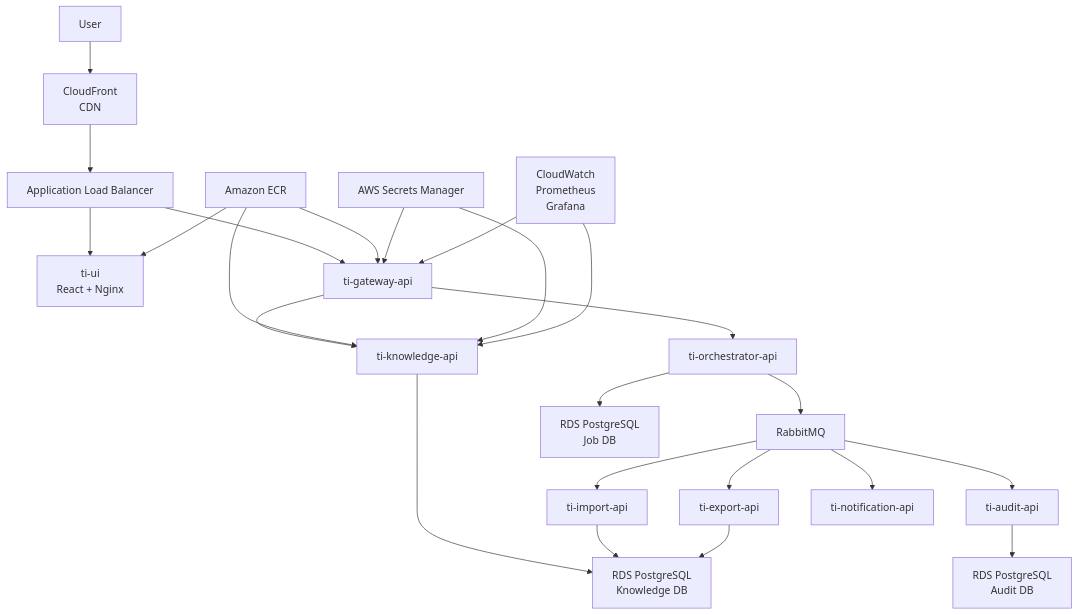
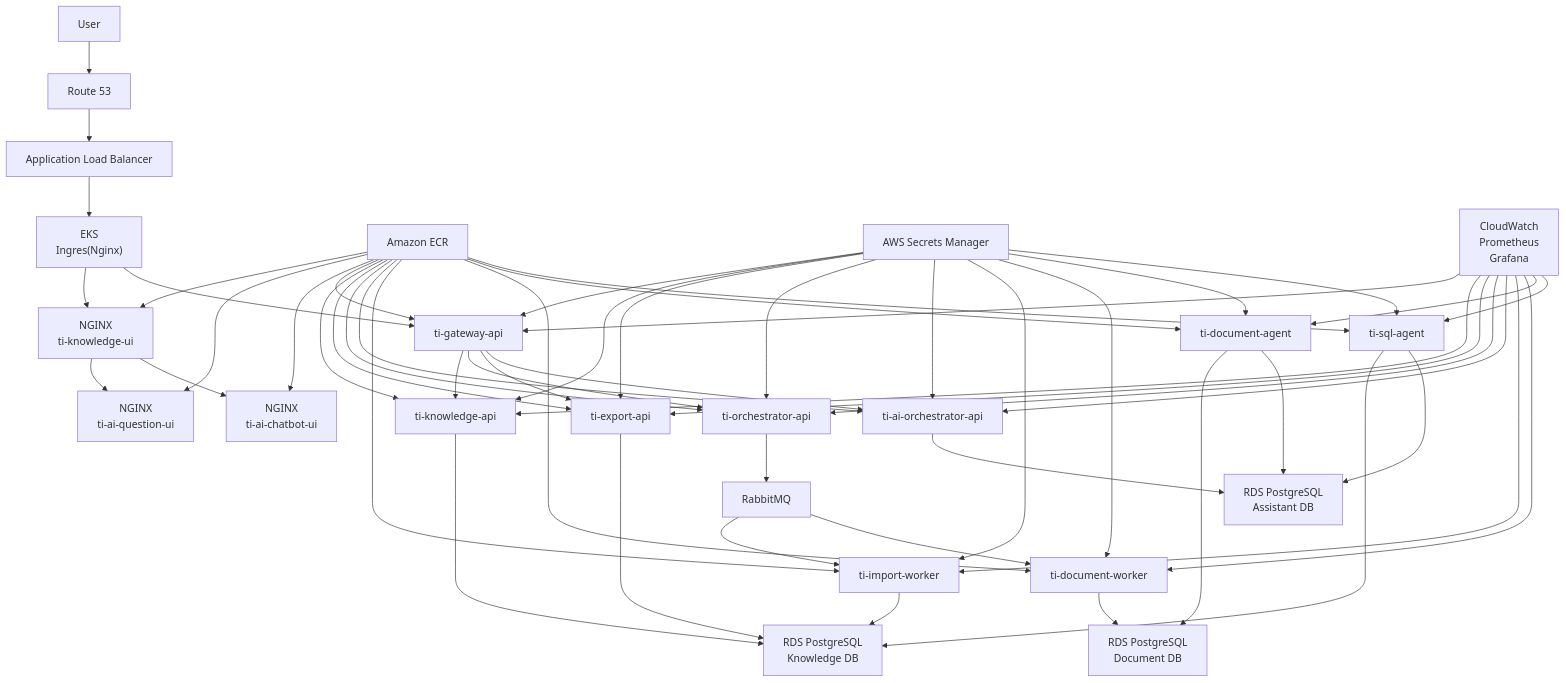
The first of 2 diagrams in doc/_07_AWS_DEPLOYMENT.md (MarinaPimenova/ti-gateway-api), drawn with Mermaid before and after one commit. The commit also changed other lines of this file and 33 other files, not shown here.

`````diff
--- a/doc/_07_AWS_DEPLOYMENT.md
+++ b/doc/_07_AWS_DEPLOYMENT.md
@@ -33,25 +33,35 @@
 
     User["User"]
 
-    CloudFront["CloudFront<br/>CDN"]
+    Route53["Route 53"]
 
     ALB["Application Load Balancer"]
 
-    UI["ti-ui<br/>React + Nginx"]
+    EKS+Ingres["EKS<br/>Ingres(Nginx)"]
 
+    Knowledge-UI[NGINX<br/>ti-knowledge-ui]
+
+    AI-Question-UI[NGINX<br/>ti-ai-question-ui]
+
+    AI-Chatbot-UI[NGINX<br/>ti-ai-chatbot-ui]
+    
     Gateway["ti-gateway-api"]
 
     Knowledge["ti-knowledge-api"]
 
     Orchestrator["ti-orchestrator-api"]
 
-    Import["ti-import-api"]
+    Import["ti-import-worker"]
+
+    Document_Worker["ti-document-worker"]
 
     Export["ti-export-api"]
 
-    Audit["ti-audit-api"]
+    AI_Orchestrator["ti-ai-orchestrator-api"]
 
-    Notification["ti-notification-api"]
+    Document_Agent["ti-document-agent"]
+
+    SQL_Agent["ti-sql-agent"]
 
     Rabbit["RabbitMQ"]
 
@@ -59,33 +69,37 @@
 
     RDS1["RDS PostgreSQL<br/>Knowledge DB"]
 
-    RDS2["RDS PostgreSQL<br/>Job DB"]
+    RDS2["RDS PostgreSQL<br/>Document DB"]
 
-    RDS3["RDS PostgreSQL<br/>Audit DB"]
+    RDS3["RDS PostgreSQL<br/>Assistant DB"]
 
     Secrets["AWS Secrets Manager"]
 
     Monitoring["CloudWatch<br/>Prometheus<br/>Grafana"]
 
 
-    User --> CloudFront
+    User --> Route53
 
-    CloudFront --> ALB
+    Route53 --> ALB
+    
+    ALB --> EKS+Ingres
 
-    ALB --> UI
+    EKS+Ingres --> Knowledge-UI
 
-    ALB --> Gateway
+    EKS+Ingres --> Gateway
 
+    Knowledge-UI --> AI-Question-UI
+    Knowledge-UI --> AI-Chatbot-UI
+    
     Gateway --> Knowledge
     Gateway --> Orchestrator
+    Gateway --> Export
+    Gateway --> AI_Orchestrator
 
     Orchestrator --> Rabbit
 
     Rabbit --> Import
-    Rabbit --> Export
-    Rabbit --> Audit
-    Rabbit --> Notification
-
+    Rabbit --> Document_Worker
 
     Knowledge --> RDS1
 
@@ -93,18 +107,45 @@
 
     Export --> RDS1
 
-    Orchestrator --> RDS2
+    Document_Worker --> RDS2
 
-    Audit --> RDS3
+    Document_Agent --> RDS2
+    Document_Agent --> RDS3
+    SQL_Agent --> RDS1
+    SQL_Agent --> RDS3
+    AI_Orchestrator --> RDS3
 
-
-    ECR --> UI
+    ECR --> Knowledge-UI
+    ECR --> AI-Question-UI
+    ECR --> AI-Chatbot-UI
     ECR --> Gateway
     ECR --> Knowledge
+    ECR --> Export
+    ECR --> Orchestrator
+    ECR --> AI_Orchestrator
+    ECR --> Import
+    ECR --> Document_Worker
+    ECR --> Document_Agent
+    ECR --> SQL_Agent
 
     Secrets --> Gateway
     Secrets --> Knowledge
-
+    Secrets --> Export
+    Secrets --> Orchestrator
+    Secrets --> AI_Orchestrator
+    Secrets --> Import
+    Secrets --> Document_Worker
+    Secrets --> Document_Agent
+    Secrets --> SQL_Agent
+    
     Monitoring --> Gateway
     Monitoring --> Knowledge
+    Monitoring --> Export
+    Monitoring --> Orchestrator
+    Monitoring --> AI_Orchestrator
+    Monitoring --> Import
+    Monitoring --> Document_Worker
+    Monitoring --> Document_Agent
+    Monitoring --> SQL_Agent
+
 ````
`````
